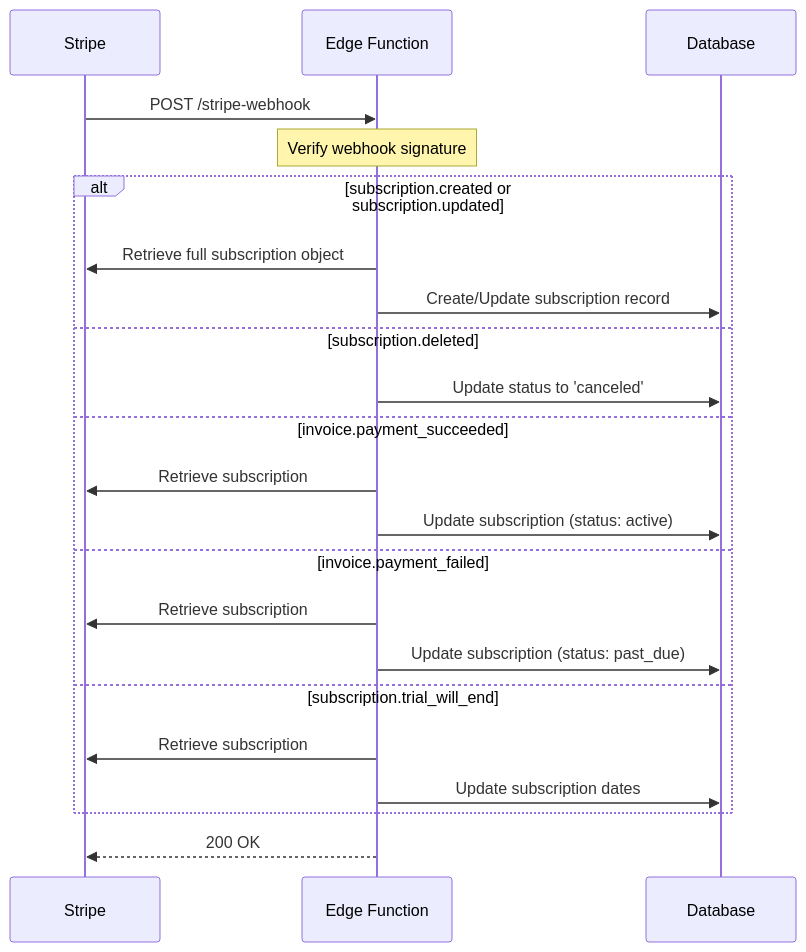
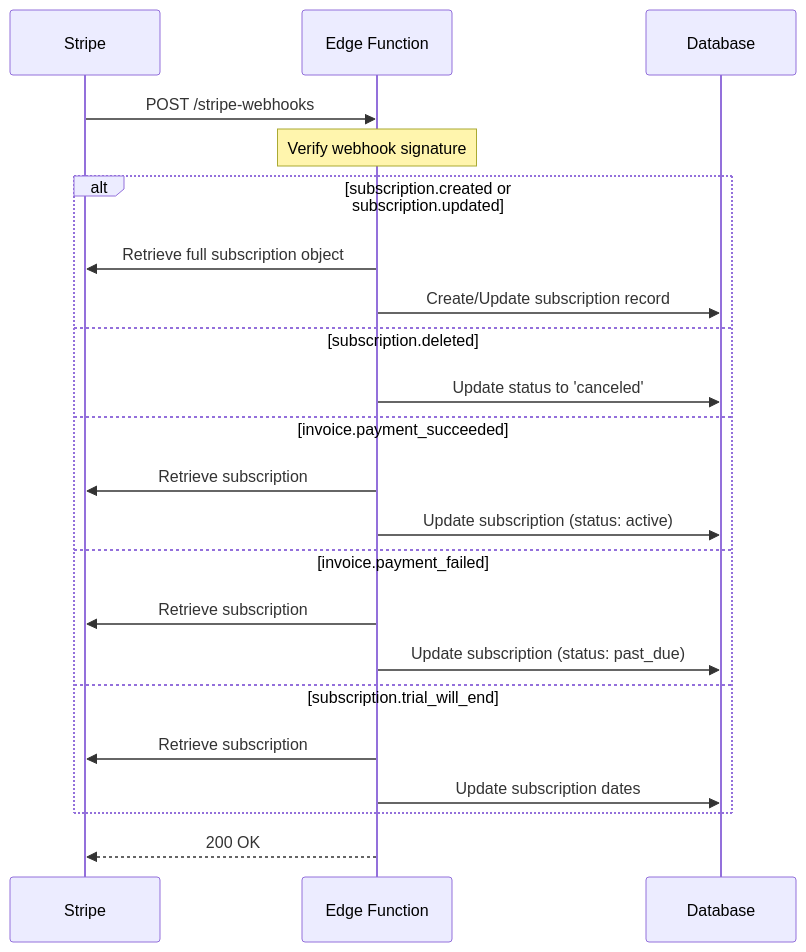
Before and after one commit to OlivierDevMaster/prokid-preview: the fourth of 4 diagrams in docs/professional-subscription-system.md, drawn with Mermaid. The commit also changed other lines of this file and 5 other files, not shown here.

First line of the commit message:
feat: Refactor Stripe webhook integration and update documentation

````diff
--- a/docs/professional-subscription-system.md
+++ b/docs/professional-subscription-system.md
@@ -190,25 +190,25 @@
 ```mermaid
 sequenceDiagram
     participant S as Stripe
     participant EF as Edge Function
     participant DB as Database
 
-    S->>EF: POST /stripe-webhook
+    S->>EF: POST /stripe-webhooks
     Note over EF: Verify webhook signature
     alt subscription.created or subscription.updated
         EF->>S: Retrieve full subscription object
         EF->>DB: Create/Update subscription record
     else subscription.deleted
         EF->>DB: Update status to 'canceled'
     else invoice.payment_succeeded
         EF->>S: Retrieve subscription
         EF->>DB: Update subscription (status: active)
     else invoice.payment_failed
         EF->>S: Retrieve subscription
         EF->>DB: Update subscription (status: past_due)
     else subscription.trial_will_end
         EF->>S: Retrieve subscription
         EF->>DB: Update subscription dates
     end
     EF-->>S: 200 OK
 ```
````
